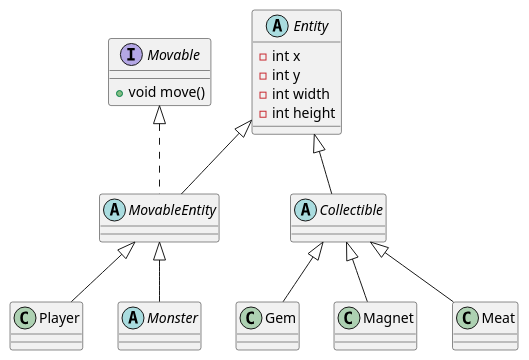
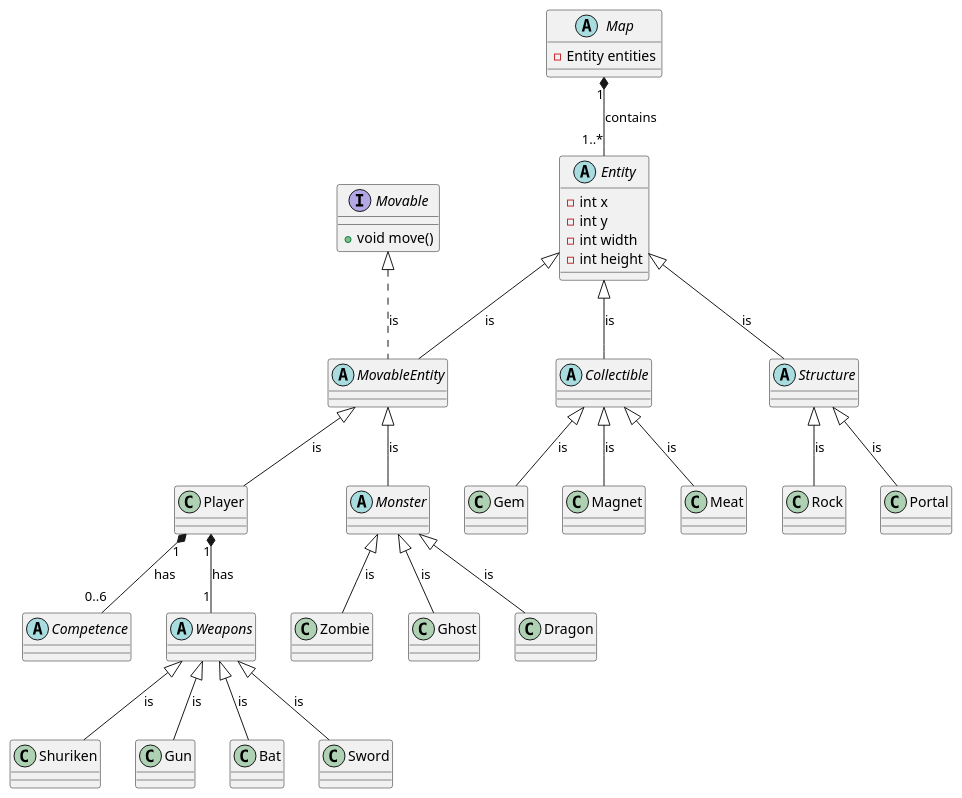
One commit to JFevil/PCOO_project changed the diagram in UML.puml. Above: the diagram before and after it, drawn with PlantUML.

```diff
--- a/UML.puml
+++ b/UML.puml
@@ -1,31 +1,63 @@
 @startuml
 
 abstract class Entity {
     - int x
     - int y
     - int width
     - int height
 }
 
 interface Movable {
     +void move()
 }
 
 abstract class MovableEntity
 class Player
+abstract class Competence
+abstract class Weapons
+class Shuriken
+class Gun
+class Bat
+class Sword
+
 abstract class Monster
+class Zombie
+class Ghost
+class Dragon
+
 abstract class Collectible
 class Gem
 class Magnet
 class Meat
 
-Entity <|-- MovableEntity
-Movable <|.. MovableEntity
-MovableEntity <|-- Monster
-MovableEntity <|-- Player
-Entity <|-- Collectible
-Collectible <|-- Gem
-Collectible <|-- Magnet
-Collectible <|-- Meat
+abstract class Structure
+class Rock
+class Portal
+abstract class Map {
+    - Entity entities
+
+}
+
+Map "1" *-- "1..*" Entity : contains
+Entity <|-- MovableEntity : is
+Movable <|.. MovableEntity : is
+MovableEntity <|-- Monster : is
+Monster <|-- Zombie : is
+Monster <|-- Ghost : is
+Monster <|-- Dragon : is
+MovableEntity <|-- Player : is
+Entity <|-- Collectible : is
+Collectible <|-- Gem : is
+Collectible <|-- Magnet : is
+Collectible <|-- Meat : is
+Entity <|-- Structure : is
+Structure <|-- Rock : is
+Structure <|-- Portal : is
+Player "1" *-- "1" Weapons : has
+Player "1" *-- "0..6" Competence : has
+Weapons <|-- Shuriken : is
+Weapons <|-- Gun : is
+Weapons <|-- Bat : is
+Weapons <|-- Sword : is
 
 @enduml
```
